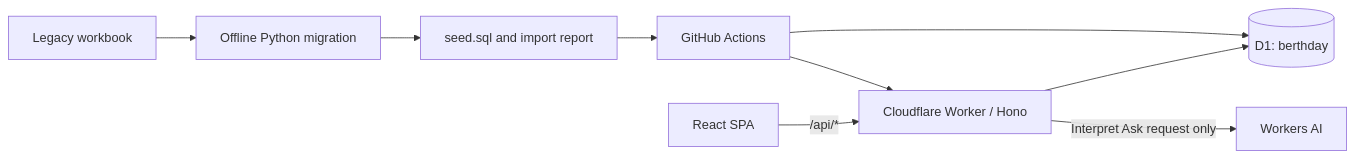
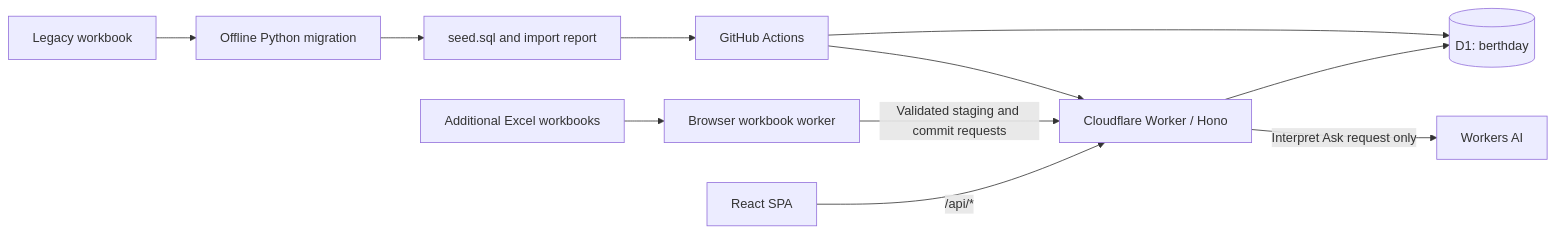
One commit to HahaBill/berthday changed the diagram in README.md. Above: the diagram before and after it, drawn with Mermaid. The commit also changed other lines of this file and 38 other files, not shown here.

````diff
--- a/README.md
+++ b/README.md
@@ -72,11 +97,13 @@
 ```mermaid
 flowchart LR
   Browser[React SPA] -->|/api/*| Worker[Cloudflare Worker / Hono]
+  Uploads[Additional Excel workbooks] --> Parser[Browser workbook worker]
+  Parser -->|Validated staging and commit requests| Worker
   Worker --> D1[(D1: berthday)]
   Worker -->|Interpret Ask request only| AI[Workers AI]
   Workbook[Legacy workbook] --> Python[Offline Python migration]
   Python --> Seed[seed.sql and import report]
   Seed --> CI[GitHub Actions]
   CI --> D1
   CI --> Worker
 ```
````
